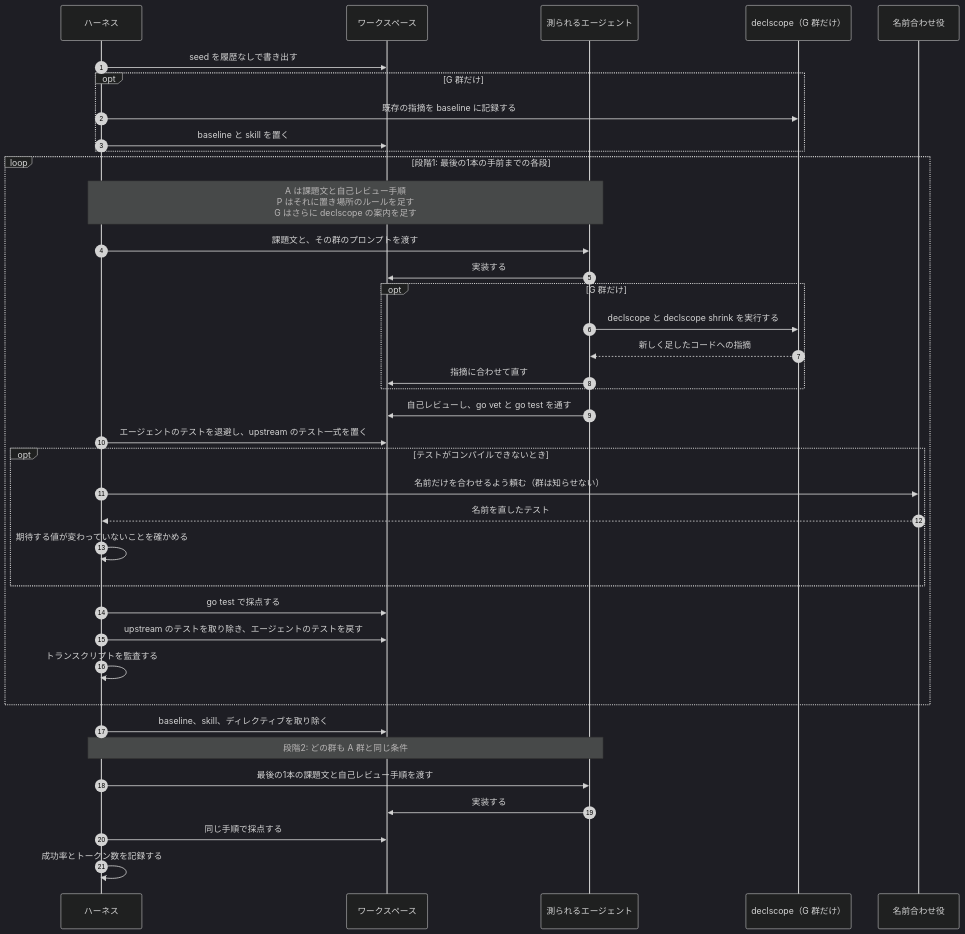
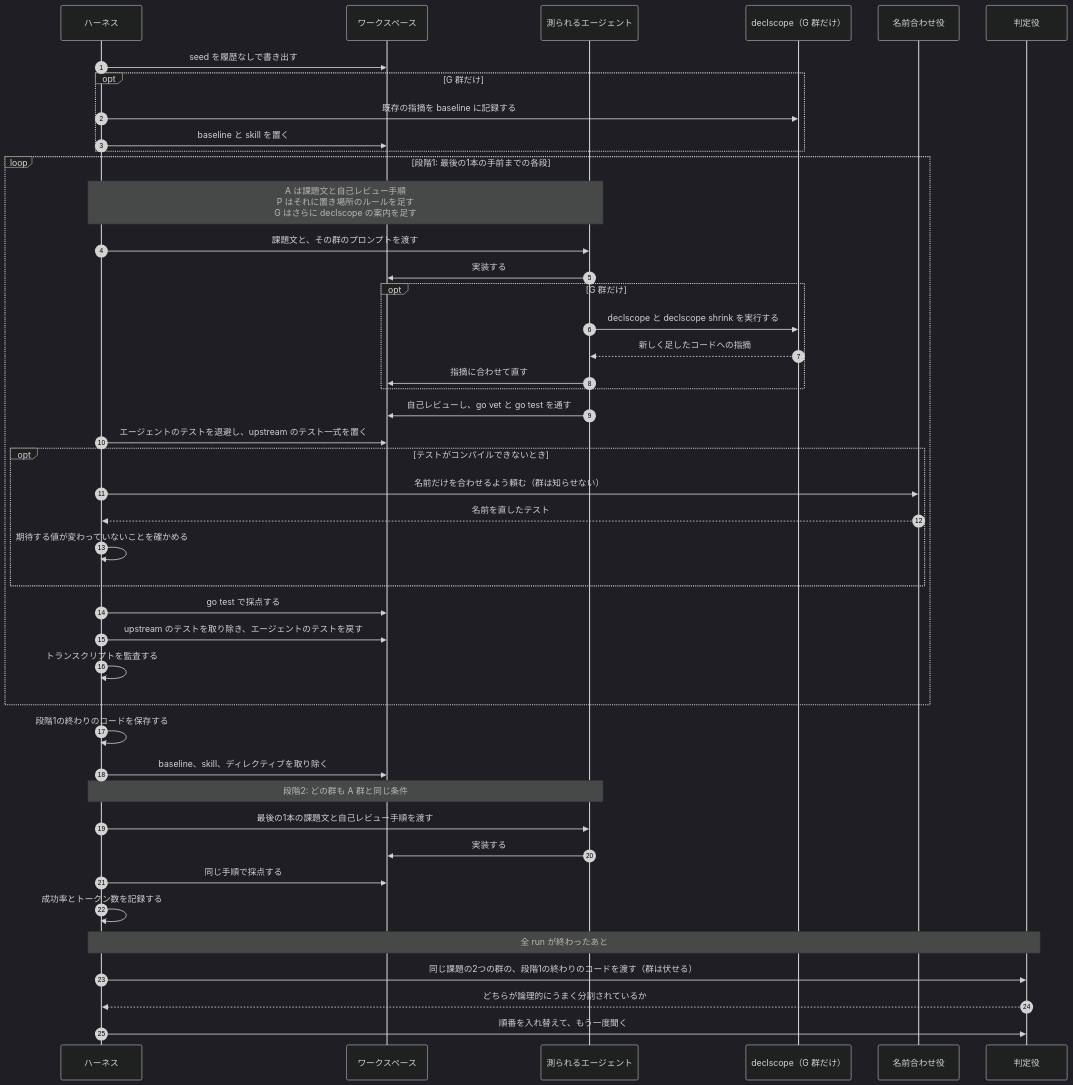
The diagram in README.md (mpyw-yattemita/declscope-in-practice), drawn with Mermaid (dark theme) before and after one commit. The commit also changed other lines of this file and 2 other files, not shown here.

````diff
--- a/README.md
+++ b/README.md
@@ -29,43 +29,50 @@
 ```mermaid
 sequenceDiagram
     autonumber
     participant H as ハーネス
     participant W as ワークスペース
     participant M as 測られるエージェント
     participant D as declscope（G 群だけ）
     participant R as 名前合わせ役
+    participant J as 判定役
 
     H->>W: seed を履歴なしで書き出す
     opt G 群だけ
         H->>D: 既存の指摘を baseline に記録する
         H->>W: baseline と skill を置く
     end
 
     loop 段階1: 最後の1本の手前までの各段
         Note over H,M: A は課題文と自己レビュー手順<br/>P はそれに置き場所のルールを足す<br/>G はさらに declscope の案内を足す
         H->>M: 課題文と、その群のプロンプトを渡す
         M->>W: 実装する
         opt G 群だけ
             M->>D: declscope と declscope shrink を実行する
             D-->>M: 新しく足したコードへの指摘
             M->>W: 指摘に合わせて直す
         end
         M->>W: 自己レビューし、go vet と go test を通す
         H->>W: エージェントのテストを退避し、upstream のテスト一式を置く
         opt テストがコンパイルできないとき
             H->>R: 名前だけを合わせるよう頼む（群は知らせない）
             R-->>H: 名前を直したテスト
             H->>H: 期待する値が変わっていないことを確かめる
         end
         H->>W: go test で採点する
         H->>W: upstream のテストを取り除き、エージェントのテストを戻す
         H->>H: トランスクリプトを監査する
     end
 
+    H->>H: 段階1の終わりのコードを保存する
     H->>W: baseline、skill、ディレクティブを取り除く
     Note over H,M: 段階2: どの群も A 群と同じ条件
     H->>M: 最後の1本の課題文と自己レビュー手順を渡す
     M->>W: 実装する
     H->>W: 同じ手順で採点する
     H->>H: 成功率とトークン数を記録する
+
+    Note over H,J: 全 run が終わったあと
+    H->>J: 同じ課題の2つの群の、段階1の終わりのコードを渡す（群は伏せる）
+    J-->>H: どちらが論理的にうまく分割されているか
+    H->>J: 順番を入れ替えて、もう一度聞く
 ```
````
